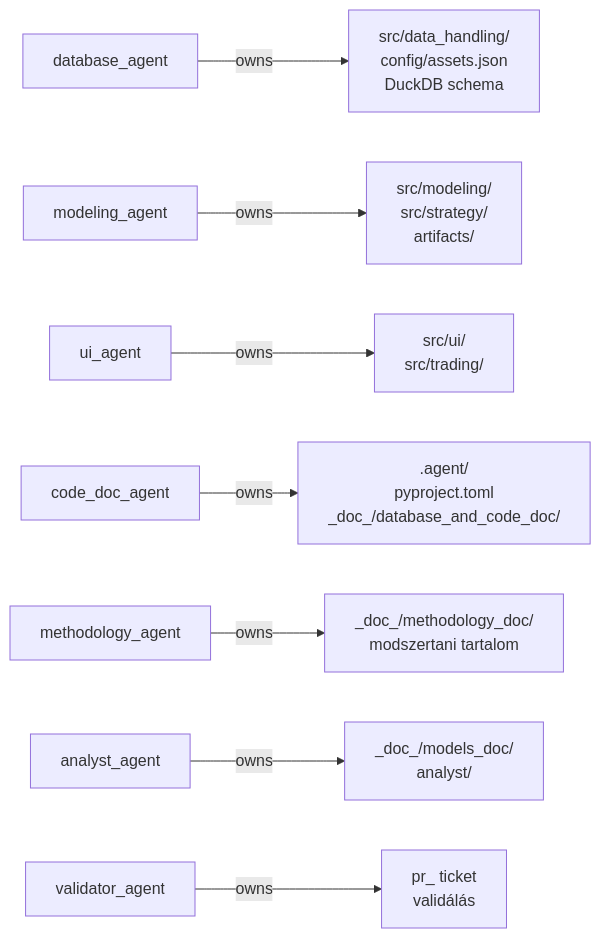
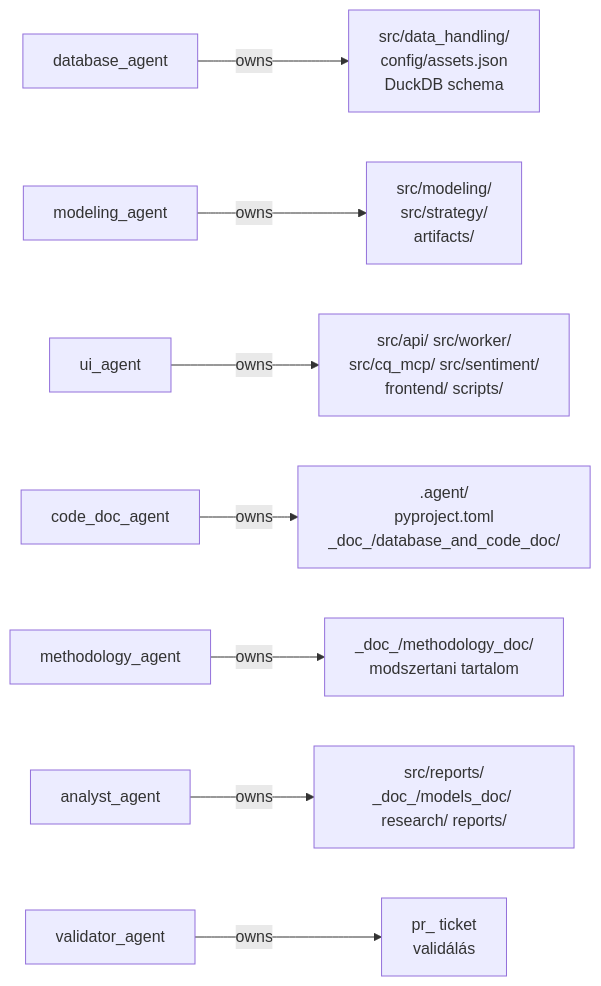
The eighth of 24 diagrams in _doc_/0001_agentic_system.md (Nemesis14/chronoquant), drawn with Mermaid before and after one commit. The commit also changed other lines of this file and 1008 other files, not shown here.

First line of the commit message:
epic_068: FastAPI BFF + worker + React UI, Quarto/Streamlit kivezetes, repo takaritas

````diff
--- a/_doc_/0001_agentic_system.md
+++ b/_doc_/0001_agentic_system.md
@@ -177,18 +177,18 @@
 ```mermaid
 flowchart LR
   DB[database_agent]
   MOD[modeling_agent]
   UI[ui_agent]
   DOC[code_doc_agent]
   METH[methodology_agent]
   ANA[analyst_agent]
   VAL[validator_agent]
 
   DB --> |owns| SRC1[src/data_handling/\nconfig/assets.json\nDuckDB schema]
   MOD --> |owns| SRC2[src/modeling/\nsrc/strategy/\nartifacts/]
-  UI --> |owns| SRC3[src/ui/\nsrc/trading/]
+  UI --> |owns| SRC3[src/api/ src/worker/\nsrc/cq_mcp/ src/sentiment/\nfrontend/ scripts/]
   DOC --> |owns| SRC4[.agent/\npyproject.toml\n_doc_/database_and_code_doc/]
   METH --> |owns| SRC5[_doc_/methodology_doc/\nmodszertani tartalom]
-  ANA --> |owns| SRC6[_doc_/models_doc/\nanalyst/]
+  ANA --> |owns| SRC6[src/reports/\n_doc_/models_doc/ research/ reports/]
   VAL --> |owns| SRC7[pr_ ticket\nvalidálás]
 ```
````
